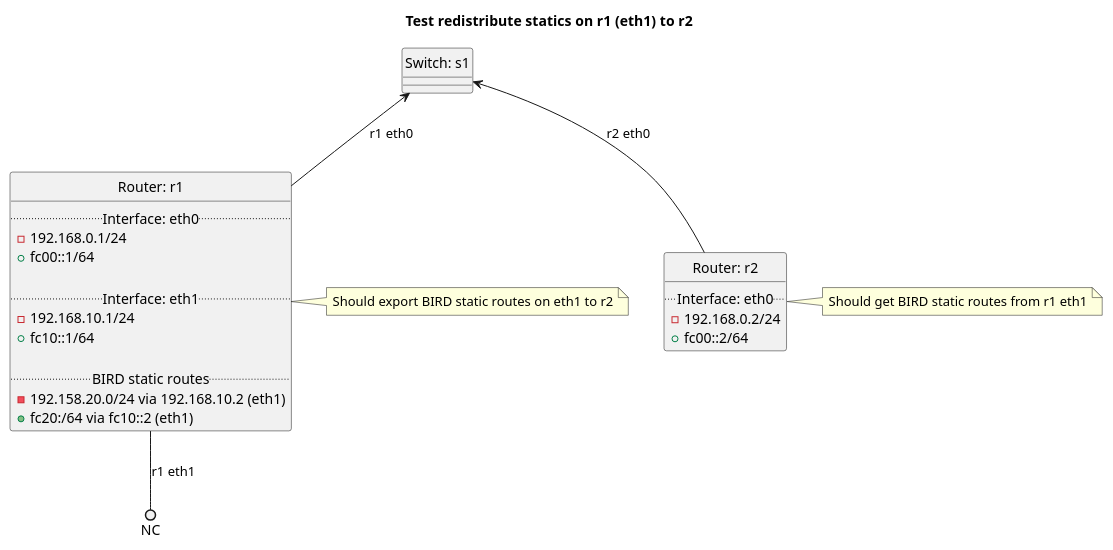
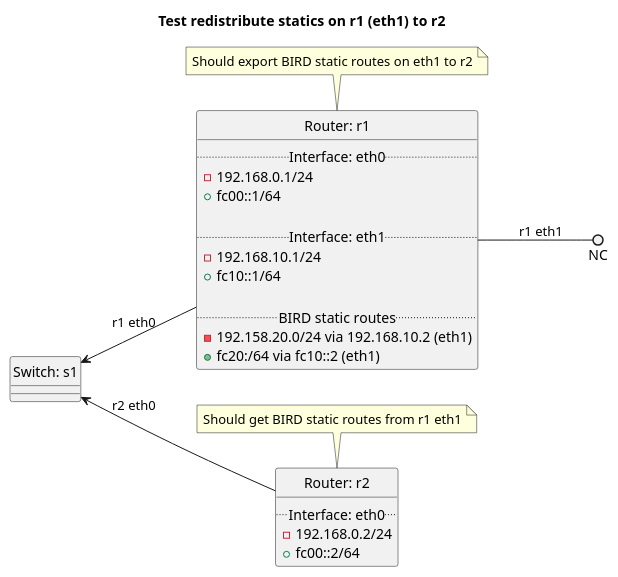
One commit to oscdev-io/birdplan changed the diagram in tests/rip/redistribute_static/README.md. Above: the diagram before and after it, drawn with PlantUML. The commit also changed 1 other file, not shown here.

Commit message:
tests: Use left to right layout in diagrams

````diff
--- a/tests/rip/redistribute_static/README.md
+++ b/tests/rip/redistribute_static/README.md
@@ -6,39 +6,40 @@
 ```plantuml
 @startuml
 hide circle
 title Test redistribute statics on r1 (eth1) to r2
+left to right direction
 
 
 class "Router: r1" {
   .. Interface: eth0 ..
 - 192.168.0.1/24
 + fc00::1/64
 
   .. Interface: eth1 ..
 - 192.168.10.1/24
 + fc10::1/64
 
   .. BIRD static routes ..
 - 192.158.20.0/24 via 192.168.10.2 (eth1)
 + fc20:/64 via fc10::2 (eth1)
 }
-note right: Should export BIRD static routes on eth1 to r2
+note top: Should export BIRD static routes on eth1 to r2
 
 
 class "Router: r2" {
   .. Interface: eth0 ..
 - 192.168.0.2/24
 + fc00::2/64
 }
-note right: Should get BIRD static routes from r1 eth1
+note top: Should get BIRD static routes from r1 eth1
 
 
 class "Switch: s1" {}
 
 
 "Switch: s1" <-down- "Router: r1": r1 eth0
 "Switch: s1" <-down- "Router: r2": r2 eth0
 "Router: r1" --() NC: r1 eth1
 
 @enduml
 ```
````
